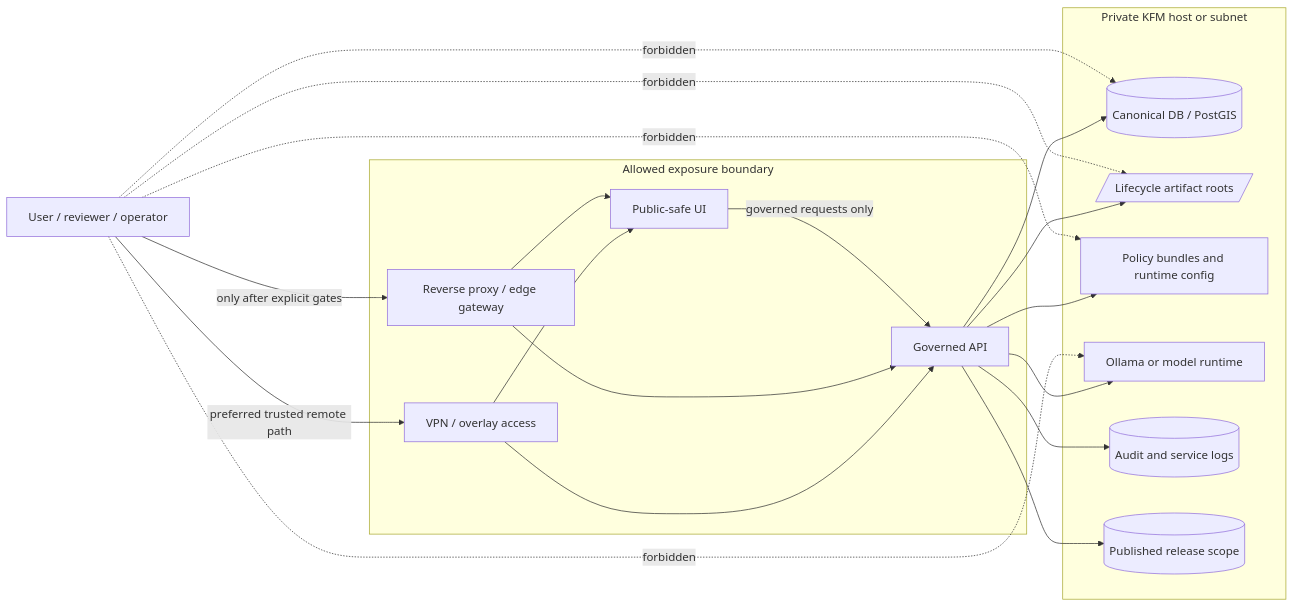
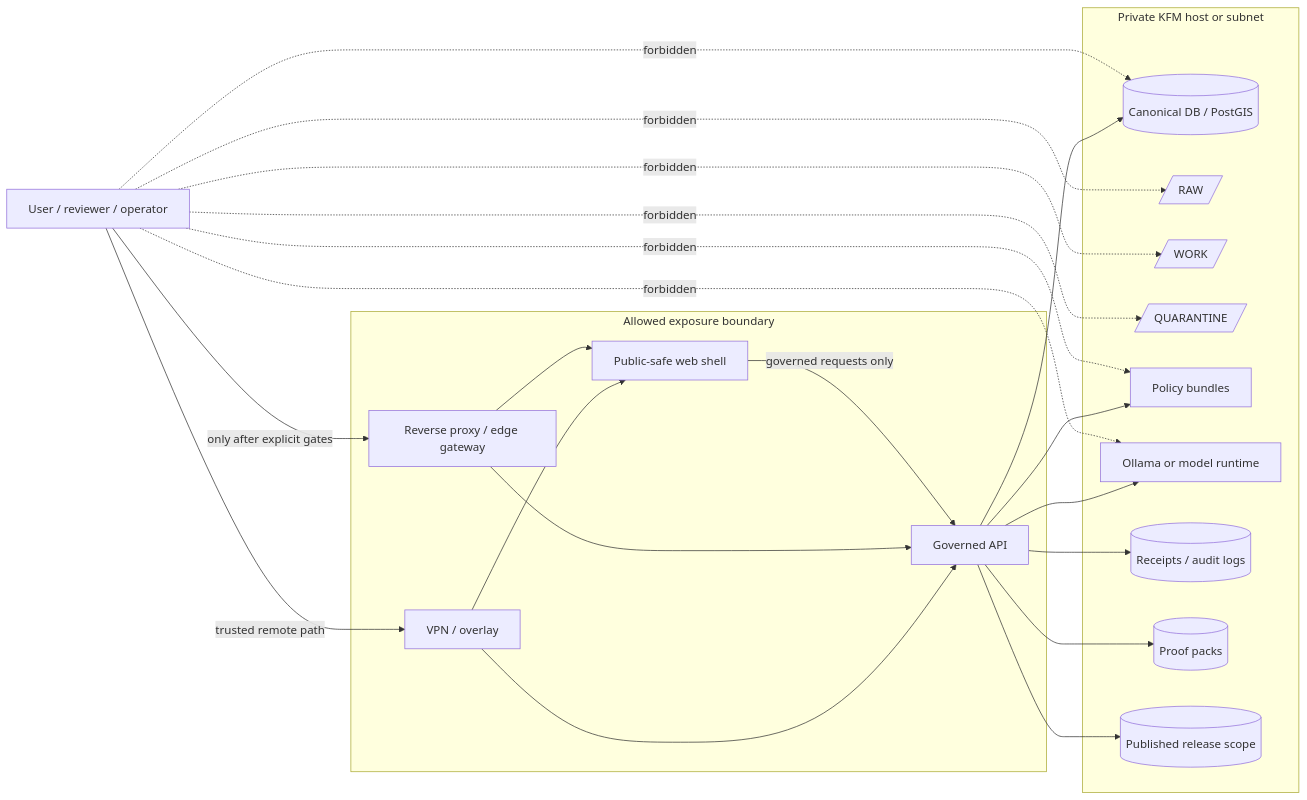
Before and after one commit to bartytime4life/Kansas-Frontier-Matrix: the diagram in docs/adr/ADR-0010-local-exposure-security.md, drawn with Mermaid. The commit also changed other lines of this file, not shown here.

````diff
--- a/docs/adr/ADR-0010-local-exposure-security.md
+++ b/docs/adr/ADR-0010-local-exposure-security.md
@@ -159,41 +230,46 @@
 ```mermaid
 flowchart LR
   User[User / reviewer / operator]
 
   subgraph Edge["Allowed exposure boundary"]
-    VPN[VPN / overlay access]
+    VPN[VPN / overlay]
     Proxy[Reverse proxy / edge gateway]
-    UI[Public-safe UI]
+    UI[Public-safe web shell]
     API[Governed API]
   end
 
   subgraph Private["Private KFM host or subnet"]
     DB[(Canonical DB / PostGIS)]
-    Artifacts[/Lifecycle artifact roots/]
-    Policy[Policy bundles and runtime config]
+    Raw[/RAW/]
+    Work[/WORK/]
+    Quarantine[/QUARANTINE/]
+    Policy[Policy bundles]
     Model[Ollama or model runtime]
-    Logs[(Audit and service logs)]
+    Receipts[(Receipts / audit logs)]
+    Proofs[(Proof packs)]
     Releases[(Published release scope)]
   end
 
-  User -->|preferred trusted remote path| VPN
+  User -->|trusted remote path| VPN
   User -->|only after explicit gates| Proxy
 
   VPN --> UI
   VPN --> API
   Proxy --> UI
   Proxy --> API
 
   UI -->|governed requests only| API
   API --> Releases
   API --> Policy
+  API --> Receipts
+  API --> Proofs
   API --> DB
-  API --> Artifacts
   API --> Model
-  API --> Logs
 
   User -. forbidden .-> DB
-  User -. forbidden .-> Artifacts
+  User -. forbidden .-> Raw
+  User -. forbidden .-> Work
+  User -. forbidden .-> Quarantine
   User -. forbidden .-> Model
   User -. forbidden .-> Policy
 ```
````
